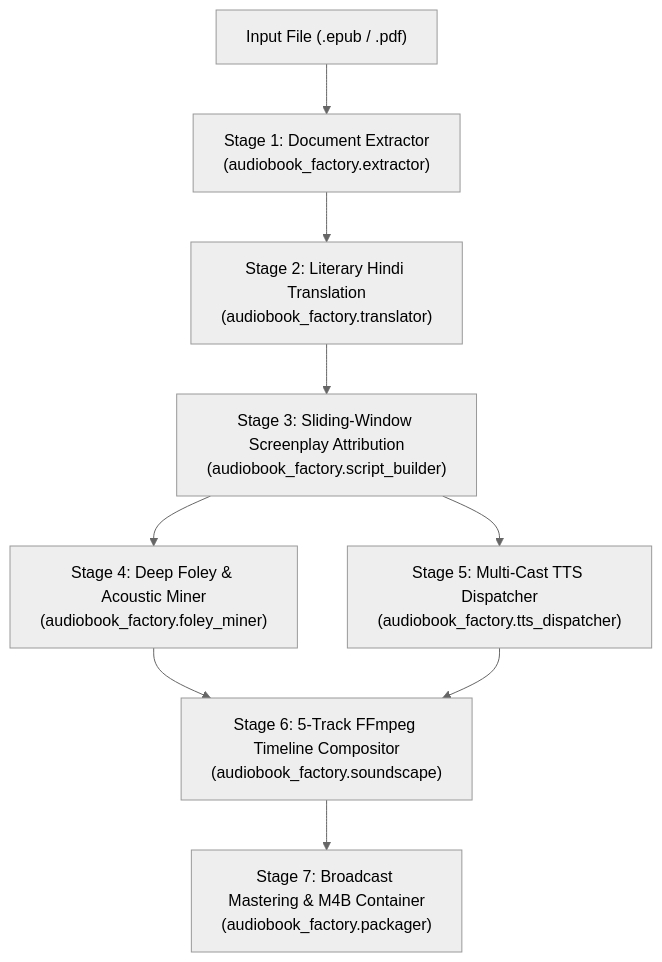
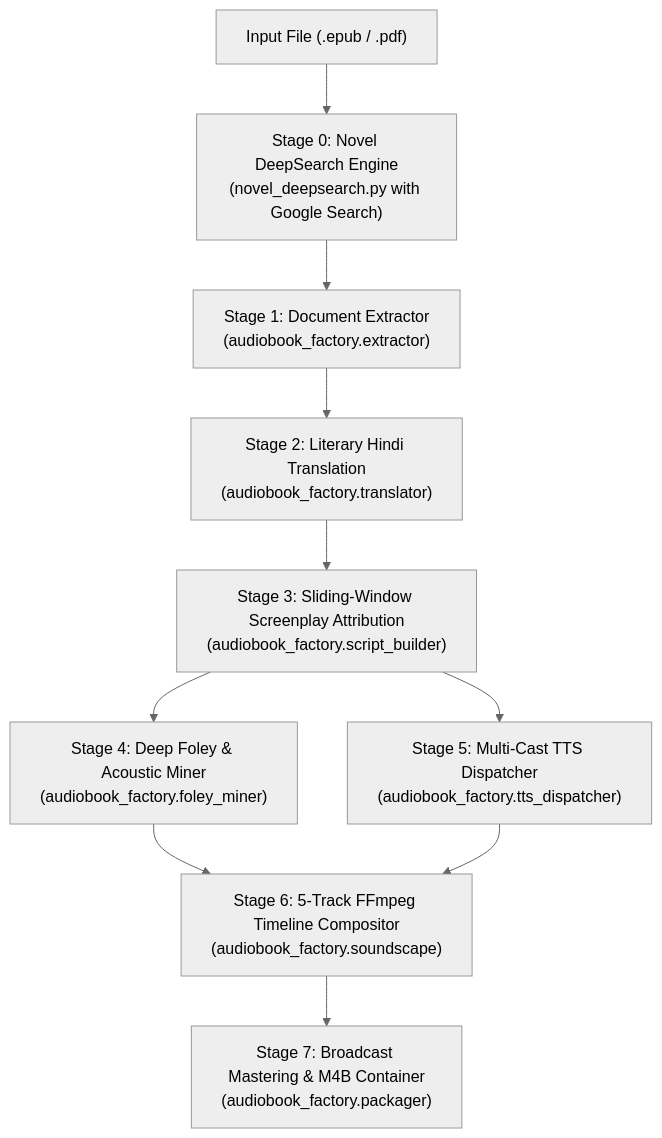
Before and after one commit to naksh-07/audiobook-maker: the diagram in .agents/skills/novel-audiobook-factory/SKILL.md, drawn with Mermaid (neutral theme). The commit also changed other lines of this file and 17 other files, not shown here.

````diff
--- a/.agents/skills/novel-audiobook-factory/SKILL.md
+++ b/.agents/skills/novel-audiobook-factory/SKILL.md
@@ -39,10 +39,11 @@
 ```mermaid
 flowchart TD
-    A["Input File (.epub / .pdf)"] --> B["Stage 1: Document Extractor<br/>(audiobook_factory.extractor)"]
+    A["Input File (.epub / .pdf)"] --> S0["Stage 0: Novel DeepSearch Engine<br/>(novel_deepsearch.py with Google Search)"]
+    S0 --> B["Stage 1: Document Extractor<br/>(audiobook_factory.extractor)"]
     B --> C["Stage 2: Literary Hindi Translation<br/>(audiobook_factory.translator)"]
     C --> D["Stage 3: Sliding-Window Screenplay Attribution<br/>(audiobook_factory.script_builder)"]
     D --> E["Stage 4: Deep Foley & Acoustic Miner<br/>(audiobook_factory.foley_miner)"]
     D --> F["Stage 5: Multi-Cast TTS Dispatcher<br/>(audiobook_factory.tts_dispatcher)"]
     E & F --> G["Stage 6: 5-Track FFmpeg Timeline Compositor<br/>(audiobook_factory.soundscape)"]
     G --> H["Stage 7: Broadcast Mastering & M4B Container<br/>(audiobook_factory.packager)"]
 ```
````
